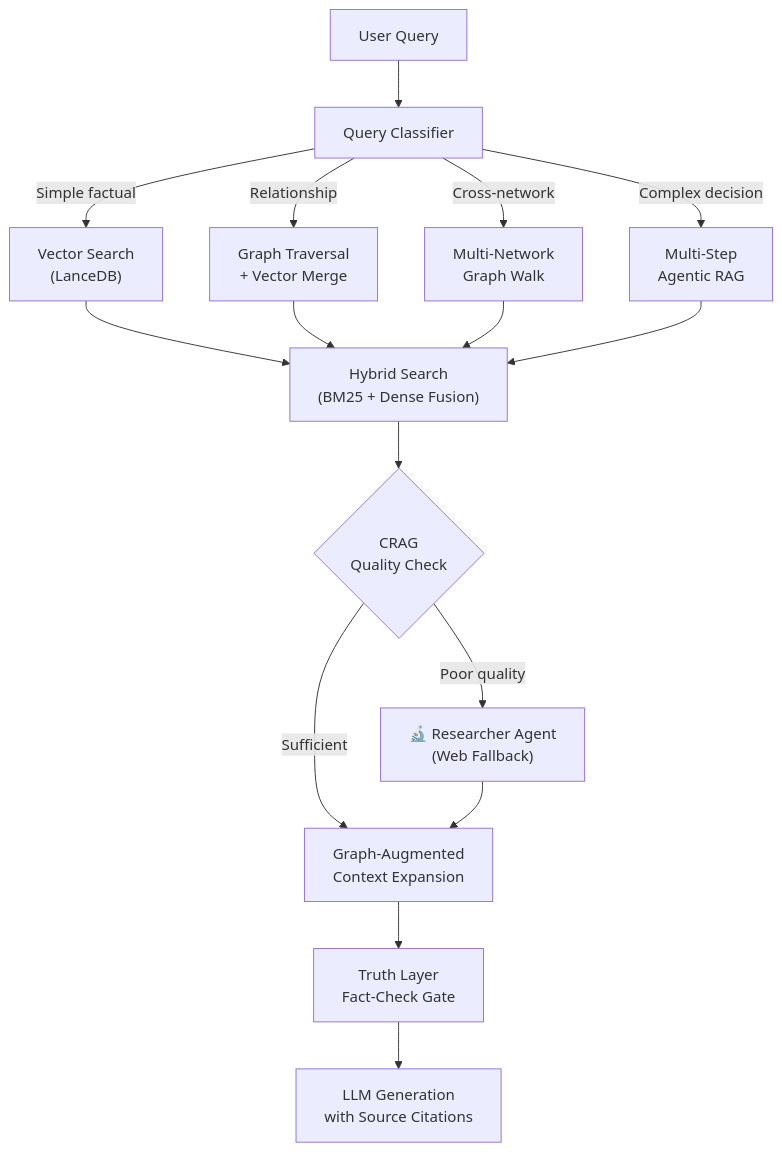
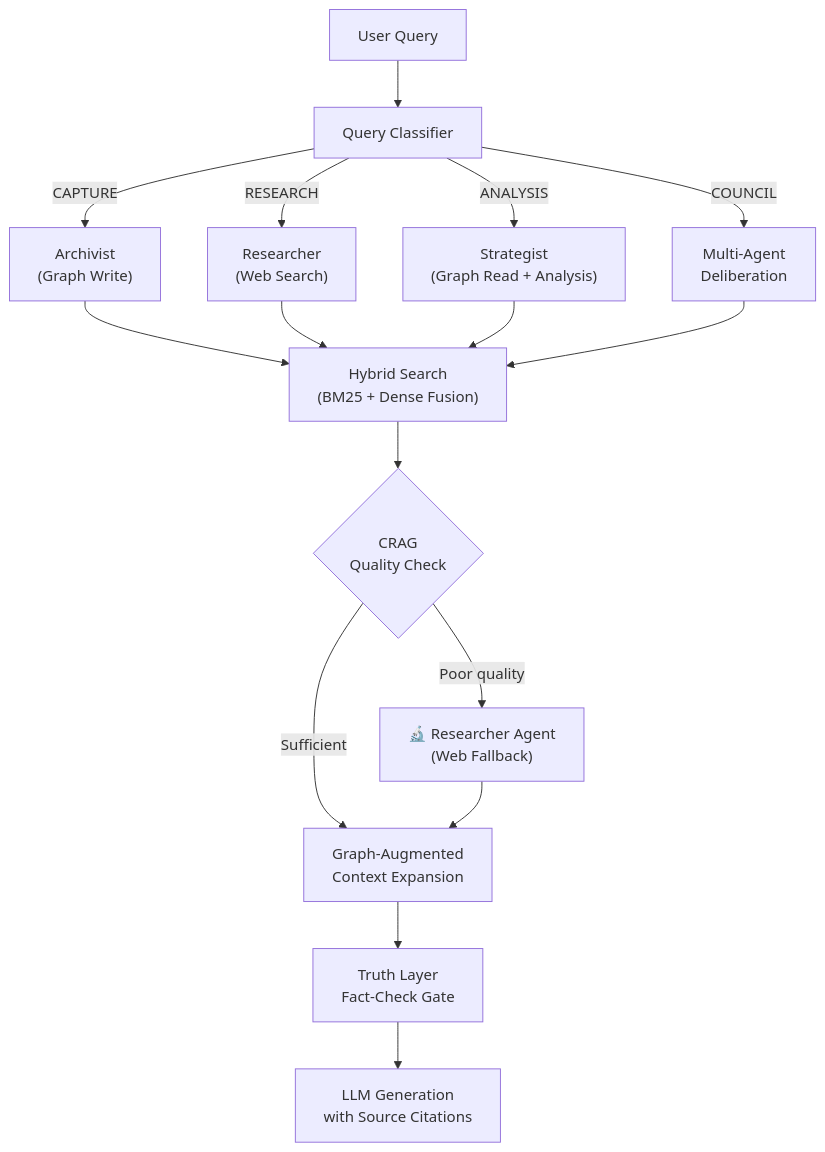
Before and after one commit to dorycui007/Memora: the sixth of 10 diagrams in ARCHITECTURE.md, drawn with Mermaid. The commit also changed other lines of this file and 1 other file, not shown here.

Commit message:
Update README and architecture documentation

````diff
--- a/ARCHITECTURE.md
+++ b/ARCHITECTURE.md
@@ -989,22 +982,22 @@
 ```mermaid
 flowchart TD
     Query["User Query"] --> Classify["Query Classifier"]
 
-    Classify -->|"Simple factual"| VS["Vector Search<br/>(LanceDB)"]
-    Classify -->|"Relationship"| GT["Graph Traversal<br/>+ Vector Merge"]
-    Classify -->|"Cross-network"| MN["Multi-Network<br/>Graph Walk"]
-    Classify -->|"Complex decision"| AR["Multi-Step<br/>Agentic RAG"]
+    Classify -->|"CAPTURE"| VS["Archivist<br/>(Graph Write)"]
+    Classify -->|"RESEARCH"| GT["Researcher<br/>(Web Search)"]
+    Classify -->|"ANALYSIS"| MN["Strategist<br/>(Graph Read + Analysis)"]
+    Classify -->|"COUNCIL"| AR["Multi-Agent<br/>Deliberation"]
 
     VS --> Hybrid["Hybrid Search<br/>(BM25 + Dense Fusion)"]
     GT --> Hybrid
     MN --> Hybrid
     AR --> Hybrid
 
     Hybrid --> CRAG{"CRAG<br/>Quality Check"}
     CRAG -->|"Poor quality"| Researcher["🔬 Researcher Agent<br/>(Web Fallback)"]
     CRAG -->|"Sufficient"| Expand["Graph-Augmented<br/>Context Expansion"]
     Researcher --> Expand
 
     Expand --> TruthCheck["Truth Layer<br/>Fact-Check Gate"]
     TruthCheck --> Generate["LLM Generation<br/>with Source Citations"]
 ```
````
